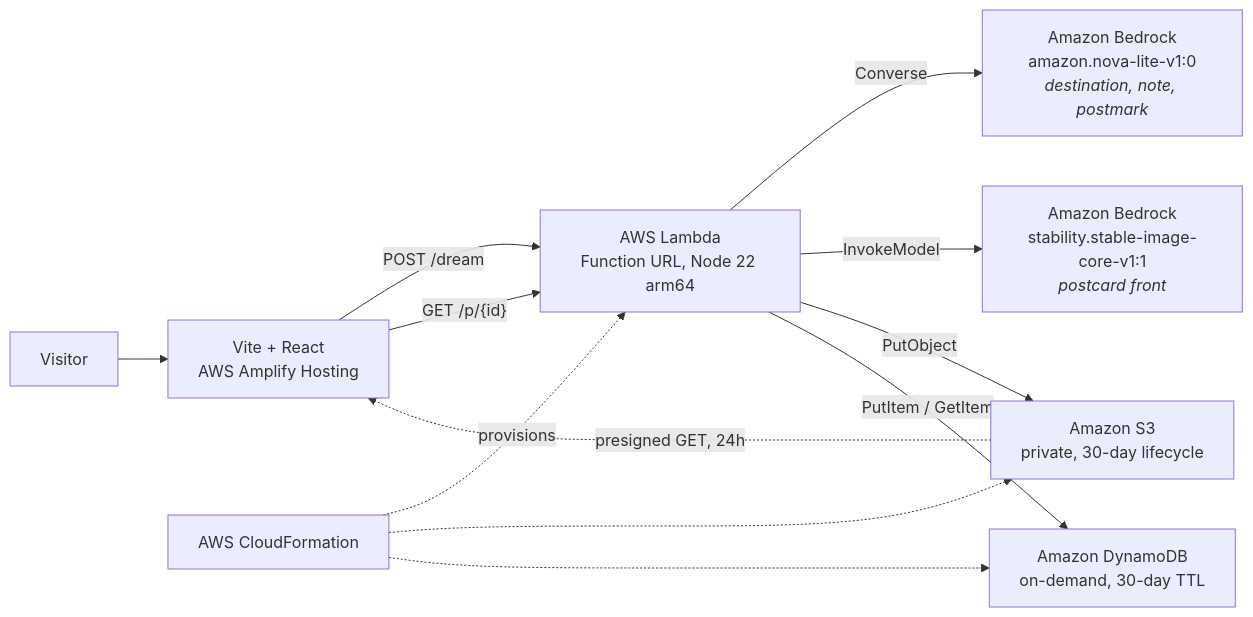
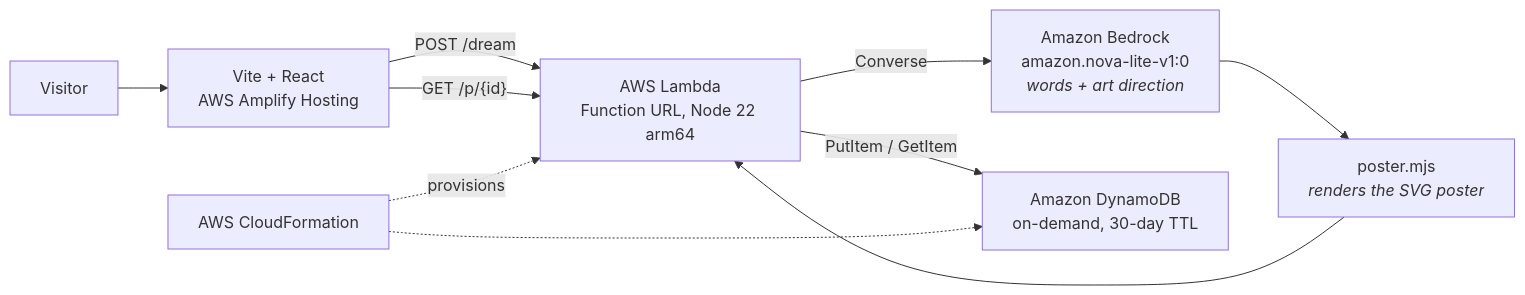
The diagram in article/architecture.md (mahanteshimath/aws-builder-Challenge-Aug-14), drawn with Mermaid before and after one commit. The commit also changed other lines of this file and 9 other files, not shown here.

First line of the commit message:
Render postcard fronts locally after Bedrock image models proved unreachable

````diff
--- a/article/architecture.md
+++ b/article/architecture.md
@@ -3,16 +3,14 @@
 ```mermaid
 flowchart LR
   U["Visitor"] --> FE["Vite + React<br/>AWS Amplify Hosting"]
   FE -->|"POST /dream"| FN["AWS Lambda<br/>Function URL, Node 22 arm64"]
   FE -->|"GET /p/{id}"| FN
 
-  FN -->|Converse| NL["Amazon Bedrock<br/>amazon.nova-lite-v1:0<br/><i>destination, note, postmark</i>"]
-  FN -->|InvokeModel| SI["Amazon Bedrock<br/>stability.stable-image-core-v1:1<br/><i>postcard front</i>"]
-  FN -->|PutObject| S3["Amazon S3<br/>private, 30-day lifecycle"]
+  FN -->|Converse| NL["Amazon Bedrock<br/>amazon.nova-lite-v1:0<br/><i>words + art direction</i>"]
+  NL --> R["poster.mjs<br/><i>renders the SVG poster</i>"]
+  R --> FN
   FN -->|"PutItem / GetItem"| DDB["Amazon DynamoDB<br/>on-demand, 30-day TTL"]
-  S3 -.->|"presigned GET, 24h"| FE
 
   CFN["AWS CloudFormation"] -.->|provisions| FN
-  CFN -.-> S3
   CFN -.-> DDB
 ```
````
